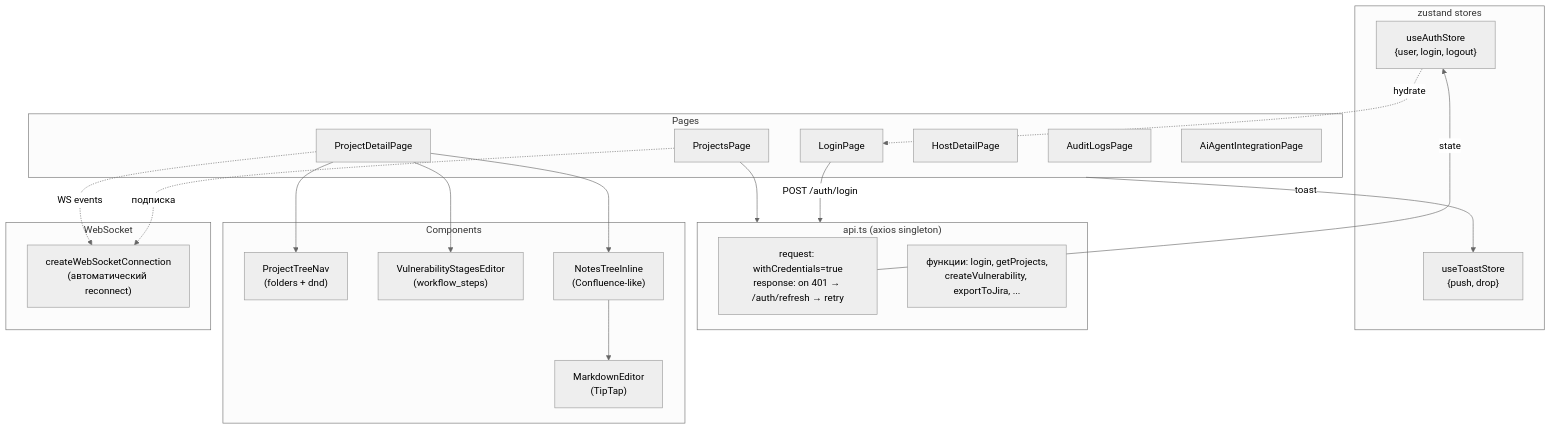
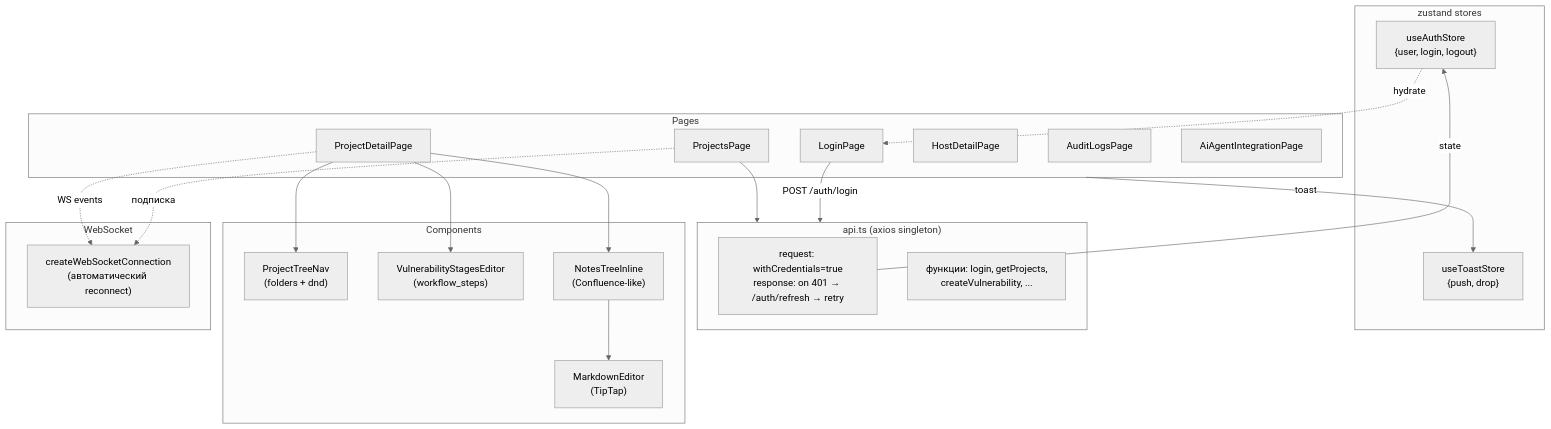
Before and after one commit to nkolomiika/FROST: diagram 19 of 20 in docs/ARCH_DIAGRAMS.md, drawn with Mermaid (neutral theme). The commit also changed other lines of this file and 280 other files, not shown here.

````diff
--- a/docs/ARCH_DIAGRAMS.md
+++ b/docs/ARCH_DIAGRAMS.md
@@ -703,45 +617,45 @@
 ```mermaid
 flowchart TB
     subgraph Stores["zustand stores"]
         Auth["useAuthStore<br/>{user, login, logout}"]
         Toast["useToastStore<br/>{push, drop}"]
     end
 
     subgraph API["api.ts (axios singleton)"]
         Intercept["request: withCredentials=true<br/>response: on 401 → /auth/refresh → retry"]
-        Funcs["функции: login, getProjects,<br/>createVulnerability, exportToJira, ..."]
+        Funcs["функции: login, getProjects,<br/>createVulnerability, ..."]
     end
 
     subgraph Pages
         Login["LoginPage"]
         Projects["ProjectsPage"]
         ProjectDetail["ProjectDetailPage"]
         HostDetail["HostDetailPage"]
         Audit["AuditLogsPage"]
         Agent["AiAgentIntegrationPage"]
     end
 
     subgraph Comp["Components"]
         TreeNav["ProjectTreeNav<br/>(folders + dnd)"]
         Stages["VulnerabilityStagesEditor<br/>(workflow_steps)"]
         Notes["NotesTreeInline<br/>(Confluence-like)"]
         MD["MarkdownEditor<br/>(TipTap)"]
     end
 
     subgraph WS["WebSocket"]
         WSConn["createWebSocketConnection<br/>(автоматический reconnect)"]
     end
 
     Login -->|POST /auth/login| API
     Auth -.->|hydrate| Login
     Projects --> API
     Projects -.->|подписка| WSConn
     ProjectDetail --> TreeNav
     ProjectDetail --> Stages
     ProjectDetail --> Notes
     Notes --> MD
     ProjectDetail -.->|WS events| WSConn
 
     Intercept -->|state| Auth
     Pages -->|toast| Toast
 ```
````
